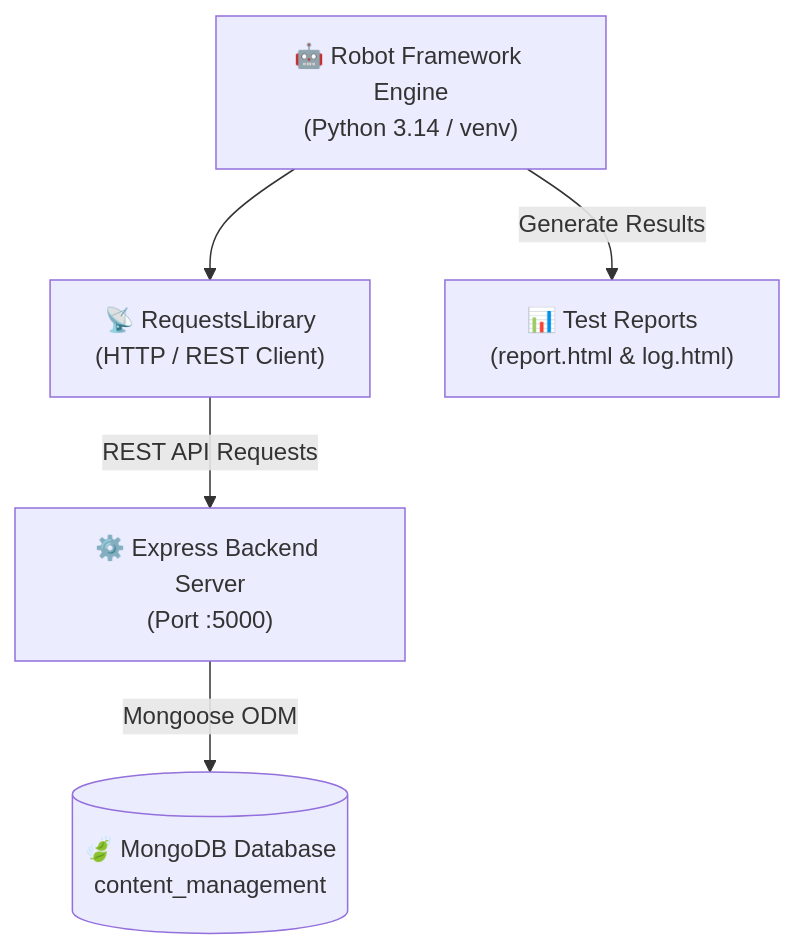
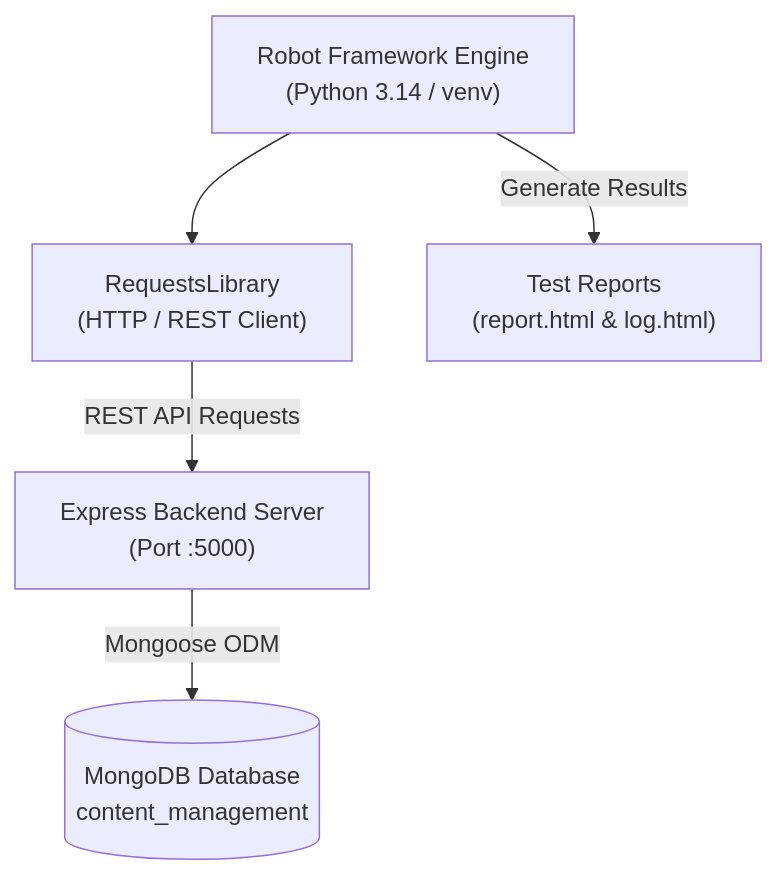
The diagram in docs/academic/12-Automated-Testing-Robot-Framework.md (Starlight142/Content-Management-System), drawn with Mermaid before and after one commit. The commit also changed other lines of this file and 11 other files, not shown here.

Commit message:
feat(testing): add excel test cases spreadsheet (manual, robot framework, rtm)

````diff
--- a/docs/academic/12-Automated-Testing-Robot-Framework.md
+++ b/docs/academic/12-Automated-Testing-Robot-Framework.md
@@ -11,12 +11,12 @@
 ```mermaid
 flowchart TD
-    RF["🤖 Robot Framework Engine\n(Python 3.14 / venv)"]
-    REQ["📡 RequestsLibrary\n(HTTP / REST Client)"]
-    API["⚙️ Express Backend Server\n(Port :5000)"]
-    DB[("🍃 MongoDB Database\ncontent_management")]
+    RF["Robot Framework Engine\n(Python 3.14 / venv)"]
+    REQ["RequestsLibrary\n(HTTP / REST Client)"]
+    API["Express Backend Server\n(Port :5000)"]
+    DB[("MongoDB Database\ncontent_management")]
 
     RF --> REQ
     REQ -->|REST API Requests| API
     API -->|Mongoose ODM| DB
-    RF -->|Generate Results| HTML["📊 Test Reports\n(report.html & log.html)"]
+    RF -->|Generate Results| HTML["Test Reports\n(report.html & log.html)"]
 ```
````
